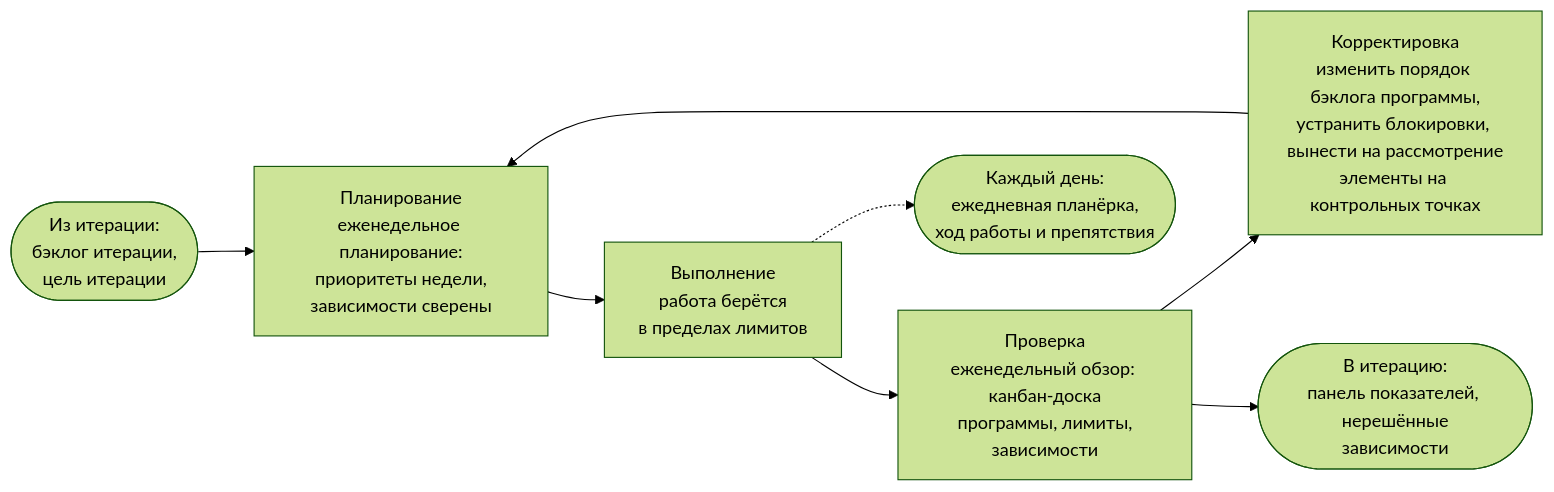
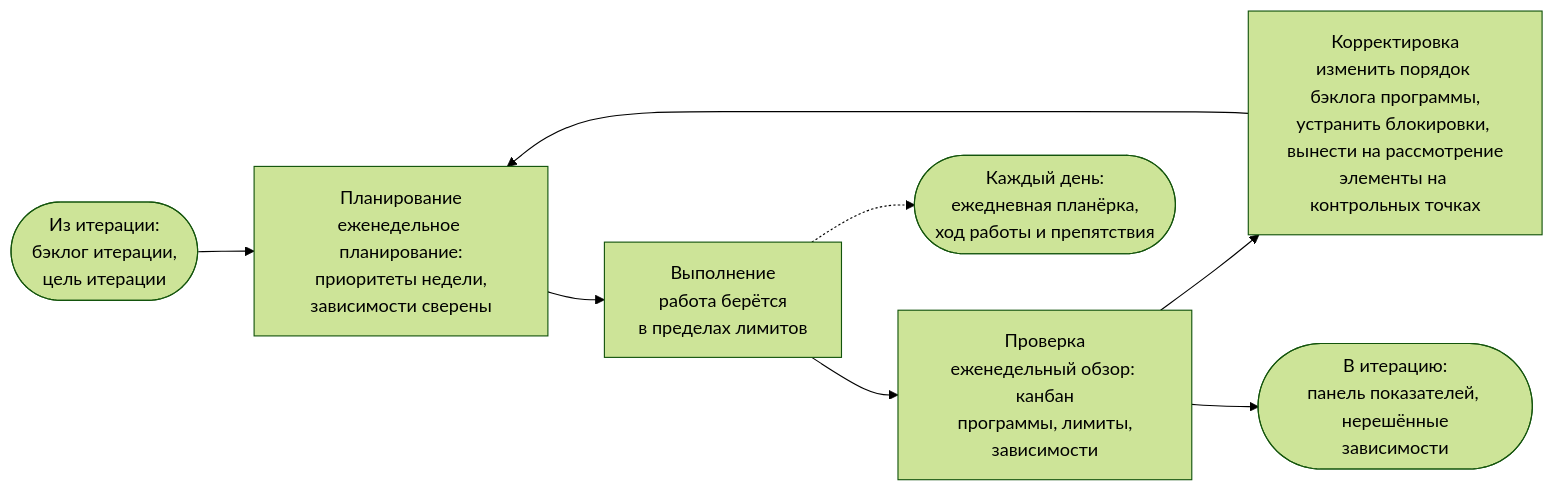
The third of 5 diagrams in portal/content/ru/delivery/the-loops-of-delivery.md (devhogu/ob-aicc), drawn with Mermaid (forest theme) before and after one commit. The commit also changed 93 other files, not shown here.

Commit message:
Russian edition: «канбан» instead of «канбан-доска» (канбан портфеля, канбан программы)

````diff
--- a/portal/content/ru/delivery/the-loops-of-delivery.md
+++ b/portal/content/ru/delivery/the-loops-of-delivery.md
@@ -42,10 +42,10 @@
 ```mermaid
 flowchart LR
   IN(["Из итерации:<br/>бэклог итерации,<br/>цель итерации"]) --> P["Планирование<br/>еженедельное планирование:<br/>приоритеты недели,<br/>зависимости сверены"]
   P --> D["Выполнение<br/>работа берётся<br/>в пределах лимитов"]
-  D --> C["Проверка<br/>еженедельный обзор: канбан-доска<br/>программы, лимиты,<br/>зависимости"]
+  D --> C["Проверка<br/>еженедельный обзор: канбан<br/>программы, лимиты,<br/>зависимости"]
   C --> A["Корректировка<br/>изменить порядок бэклога программы,<br/>устранить блокировки, вынести на рассмотрение<br/>элементы на контрольных точках"]
   A --> P
   D -.-> DAY(["Каждый день:<br/>ежедневная планёрка,<br/>ход работы и препятствия"])
   C --> UP(["В итерацию:<br/>панель показателей, нерешённые<br/>зависимости"])
 ```
````
